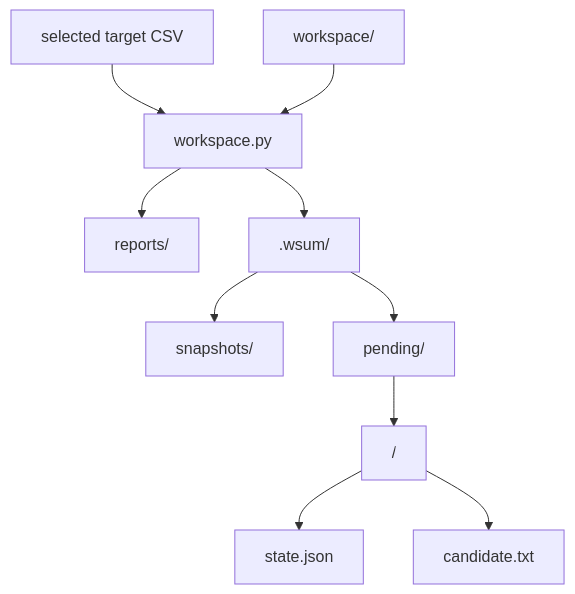
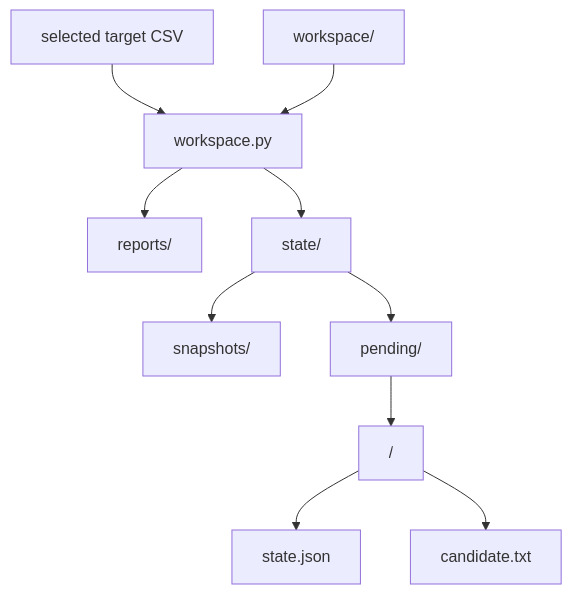
The second of 2 diagrams in skills/web-update-monitor/SKILL.md (dceoy/wsum), drawn with Mermaid before and after one commit. The commit also changed other lines of this file and 8 other files, not shown here.

````diff
--- a/skills/web-update-monitor/SKILL.md
+++ b/skills/web-update-monitor/SKILL.md
@@ -37,12 +37,12 @@
 ```mermaid
 flowchart TB
     T["selected target CSV"] --> C["workspace.py"]
     W["workspace/"] --> C
     C --> R["reports/"]
-    C --> S[".wsum/"]
+    C --> S["state/"]
     S --> SS["snapshots/"]
     S --> P["pending/"]
     P --> PT["<target-id>/"]
     PT --> PS["state.json"]
     PT --> PC["candidate.txt"]
 ```
````
